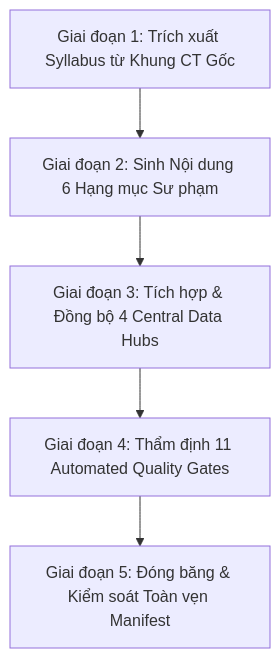
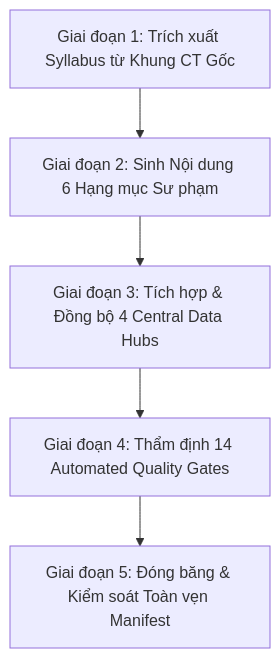
The diagram in docs/WEEK_PRODUCTION_SOP.md (Binh3ks/enquest3k.copilot), drawn with Mermaid before and after one commit. The commit also changed other lines of this file and 1 other file, not shown here.

Commit message:
docs(architecture): sync 14-gate suite + dictation abolition cleanup across ARCHITECTURE_CURRENT and WEEK_PRODUCTION_SOP [003B closeout]

````diff
--- a/docs/WEEK_PRODUCTION_SOP.md
+++ b/docs/WEEK_PRODUCTION_SOP.md
@@ -170,7 +170,7 @@
 ```mermaid
 graph TD
     Stage1[Giai đoạn 1: Trích xuất Syllabus từ Khung CT Gốc] --> Stage2[Giai đoạn 2: Sinh Nội dung 6 Hạng mục Sư phạm]
     Stage2 --> Stage3[Giai đoạn 3: Tích hợp & Đồng bộ 4 Central Data Hubs]
-    Stage3 --> Stage4[Giai đoạn 4: Thẩm định 11 Automated Quality Gates]
+    Stage3 --> Stage4[Giai đoạn 4: Thẩm định 14 Automated Quality Gates]
     Stage4 --> Stage5[Giai đoạn 5: Đóng băng & Kiểm soát Toàn vẹn Manifest]
 ```
````
